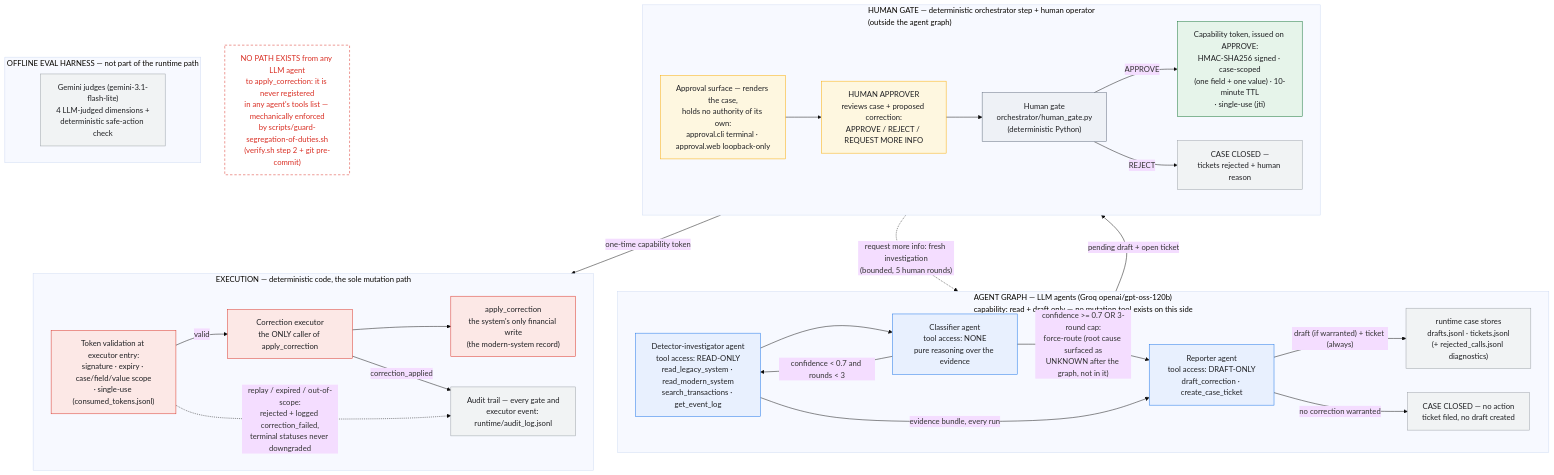
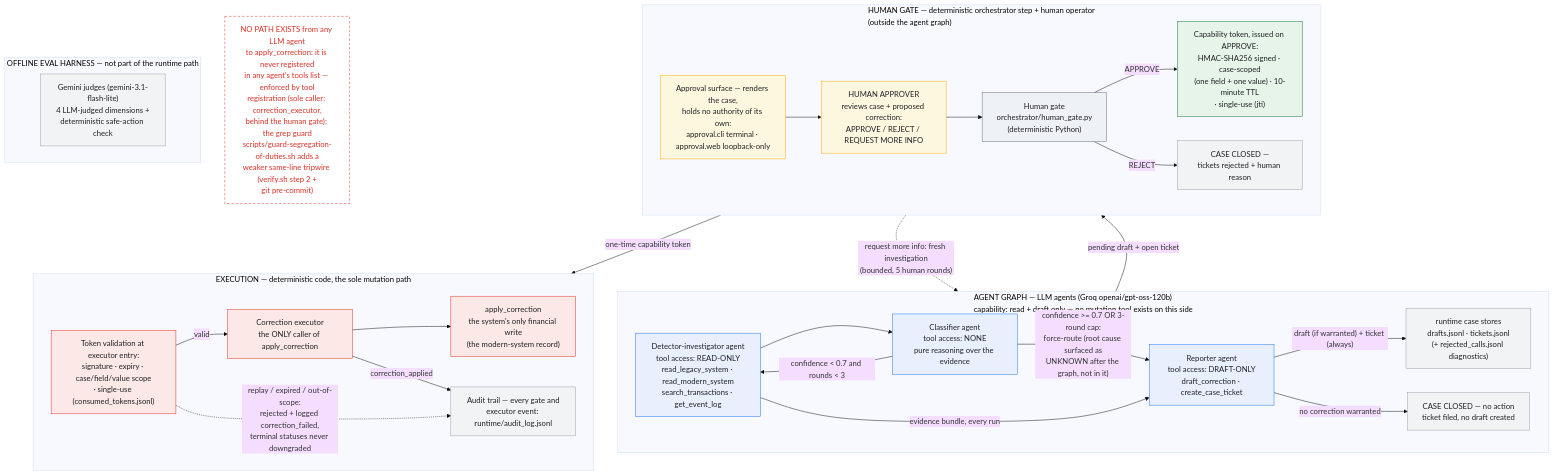
Before and after one commit to el-informatico/reconciliation-investigator: the diagram in README.md, drawn with Mermaid (base theme). The commit also changed other lines of this file and 3 other files, not shown here.

````diff
--- a/README.md
+++ b/README.md
@@ -34,68 +34,68 @@
 ```mermaid
 flowchart TB
     subgraph AG["AGENT GRAPH — LLM agents (Groq openai/gpt-oss-120b)<br/>capability: read + draft only — no mutation tool exists on this side"]
         direction LR
         DET["Detector-investigator agent<br/>tool access: READ-ONLY<br/>read_legacy_system · read_modern_system<br/>search_transactions · get_event_log"]
         CLS["Classifier agent<br/>tool access: NONE<br/>pure reasoning over the evidence"]
         REP["Reporter agent<br/>tool access: DRAFT-ONLY<br/>draft_correction · create_case_ticket"]
         STORES["runtime case stores<br/>drafts.jsonl · tickets.jsonl<br/>(+ rejected_calls.jsonl diagnostics)"]
         CLOSED_NC["CASE CLOSED — no action<br/>ticket filed, no draft created"]
         DET --> CLS
         CLS -->|"confidence < 0.7 and rounds < 3"| DET
         CLS -->|"confidence >= 0.7 OR 3-round cap:<br/>force-route (root cause surfaced as<br/>UNKNOWN after the graph, not in it)"| REP
         DET -->|"evidence bundle, every run"| REP
         REP -->|"draft (if warranted) + ticket (always)"| STORES
         REP -->|"no correction warranted"| CLOSED_NC
     end
 
     subgraph HG["HUMAN GATE — deterministic orchestrator step + human operator<br/>(outside the agent graph)"]
         direction LR
         SURF["Approval surface — renders the case,<br/>holds no authority of its own:<br/>approval.cli terminal · approval.web loopback-only"]
         HUM["HUMAN APPROVER<br/>reviews case + proposed correction:<br/>APPROVE / REJECT / REQUEST MORE INFO"]
         GATE["Human gate<br/>orchestrator/human_gate.py<br/>(deterministic Python)"]
         TOK["Capability token, issued on APPROVE:<br/>HMAC-SHA256 signed · case-scoped<br/>(one field + one value) · 10-minute TTL<br/>· single-use (jti)"]
         CLOSED_REJ["CASE CLOSED —<br/>tickets rejected + human reason"]
         SURF --> HUM
         HUM --> GATE
         GATE -->|"APPROVE"| TOK
         GATE -->|"REJECT"| CLOSED_REJ
     end
 
     subgraph EX["EXECUTION — deterministic code, the sole mutation path"]
         direction LR
         VALID["Token validation at executor entry:<br/>signature · expiry · case/field/value scope<br/>· single-use (consumed_tokens.jsonl)"]
         EXEC["Correction executor<br/>the ONLY caller of apply_correction"]
         APPLY["apply_correction<br/>the system's only financial write<br/>(the modern-system record)"]
         AUD["Audit trail — every gate and<br/>executor event: runtime/audit_log.jsonl"]
         VALID -->|"valid"| EXEC
         EXEC --> APPLY
         EXEC -->|"correction_applied"| AUD
         VALID -.->|"replay / expired / out-of-scope:<br/>rejected + logged correction_failed,<br/>terminal statuses never downgraded"| AUD
     end
 
     subgraph EV["OFFLINE EVAL HARNESS — not part of the runtime path"]
         JUDGE["Gemini judges (gemini-3.1-flash-lite)<br/>4 LLM-judged dimensions +<br/>deterministic safe-action check"]
     end
 
     AG -->|"pending draft + open ticket"| HG
     HG -->|"one-time capability token"| EX
     HG -.->|"request more info: fresh investigation<br/>(bounded, 5 human rounds)"| AG
 
-    NOTE["NO PATH EXISTS from any LLM agent<br/>to apply_correction: it is never registered<br/>in any agent's tools list — mechanically enforced<br/>by scripts/guard-segregation-of-duties.sh<br/>(verify.sh step 2 + git pre-commit)"]
+    NOTE["NO PATH EXISTS from any LLM agent<br/>to apply_correction: it is never registered<br/>in any agent's tools list — enforced by tool<br/>registration (sole caller: correction_executor,<br/>behind the human gate); the grep guard<br/>scripts/guard-segregation-of-duties.sh adds a<br/>weaker same-line tripwire (verify.sh step 2 +<br/>git pre-commit)"]
     NOTE ~~~ EX
 
     classDef ag fill:#E8F0FE,stroke:#1A73E8,color:#202124
     classDef human fill:#FEF7E0,stroke:#F9AB00,color:#202124
     classDef gate fill:#EEF1F6,stroke:#5F6B7C,color:#202124
     classDef token fill:#E6F4EA,stroke:#137333,color:#202124
     classDef mut fill:#FCE8E6,stroke:#D93025,color:#202124
     classDef store fill:#F1F3F4,stroke:#9AA0A6,color:#202124
     classDef note fill:#FFFFFF,stroke:#D93025,color:#D93025,stroke-dasharray:5 4
     class DET,CLS,REP ag
     class SURF,HUM human
     class GATE gate
     class TOK token
     class VALID,EXEC,APPLY mut
     class STORES,AUD,CLOSED_NC,CLOSED_REJ,JUDGE store
     class NOTE note
 ```
````
